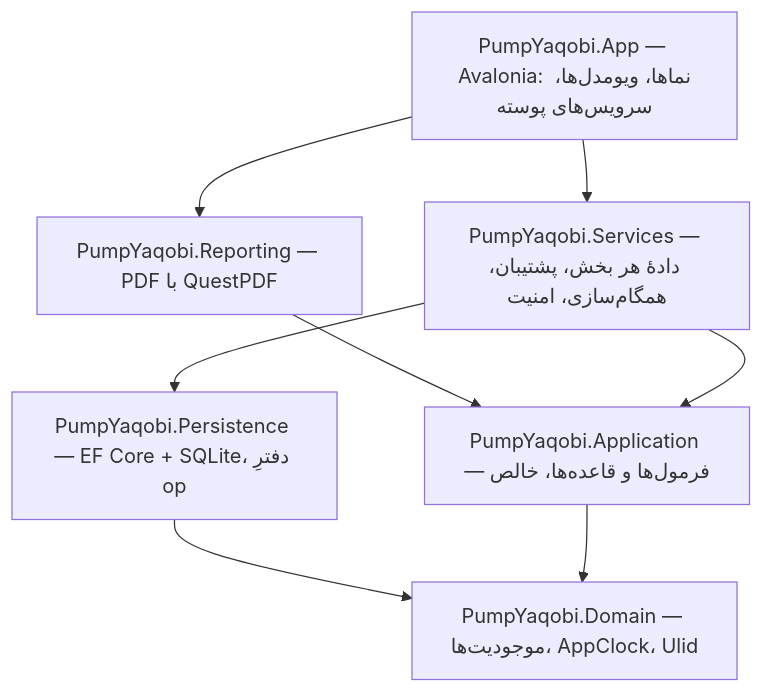
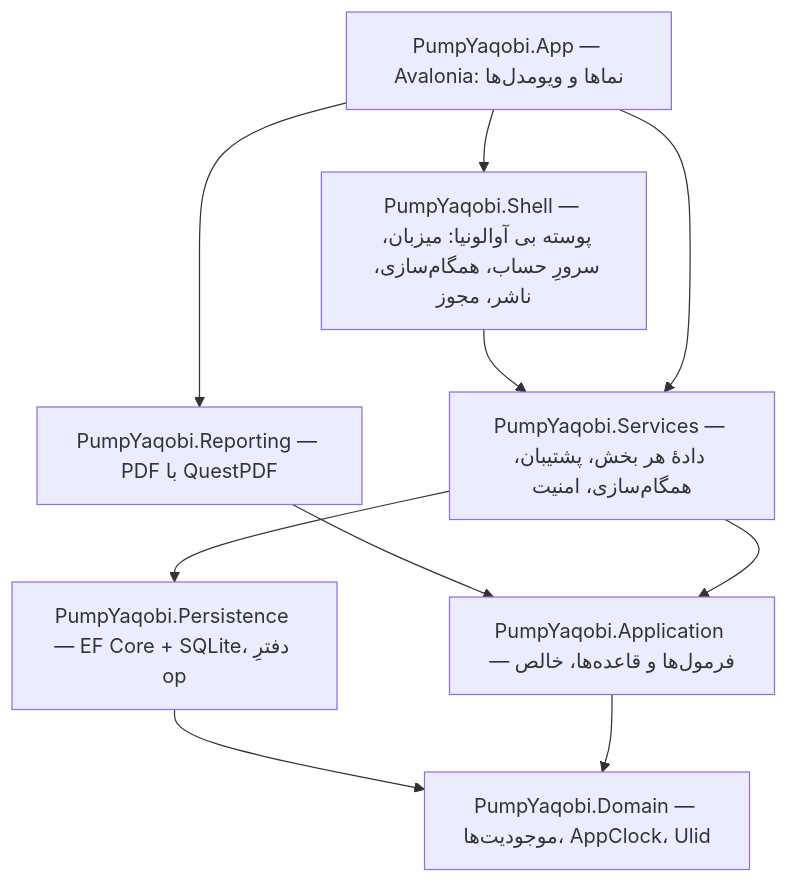
One commit to vil3ntec-it/pump-staion-yaqobi changed the first of 2 diagrams in native/docs/ARCHITECTURE-fa.md. Above: the diagram before and after it, drawn with Mermaid. The commit also changed other lines of this file and 94 other files, not shown here.

First line of the commit message:
شورا ج۵ (گامِ ۱): پروژهٔ PumpYaqobi.Shell — پل‌ها و میزبان بی آوالونیا، هویت و کلیدها از برنامه (نسخه 3.1.243)

````diff
--- a/native/docs/ARCHITECTURE-fa.md
+++ b/native/docs/ARCHITECTURE-fa.md
@@ -8,12 +8,14 @@
 ```mermaid
 flowchart TB
-  App[PumpYaqobi.App — Avalonia: نماها، ویومدل‌ها، سرویس‌های پوسته]
+  App[PumpYaqobi.App — Avalonia: نماها و ویومدل‌ها]
+  Sh[PumpYaqobi.Shell — پوسته بی آوالونیا: میزبان، سرورِ حساب، همگام‌سازی، ناشر، مجوز]
   Rep[PumpYaqobi.Reporting — PDF با QuestPDF]
   Svc[PumpYaqobi.Services — دادهٔ هر بخش، پشتیبان، همگام‌سازی، امنیت]
   App2[PumpYaqobi.Application — فرمول‌ها و قاعده‌ها، خالص]
   Per[PumpYaqobi.Persistence — EF Core + SQLite، دفترِ op]
   Dom[PumpYaqobi.Domain — موجودیت‌ها، AppClock، Ulid]
+  App --> Sh --> Svc
   App --> Rep --> App2
   App --> Svc --> Per --> Dom
   Svc --> App2 --> Dom
 ```
````
